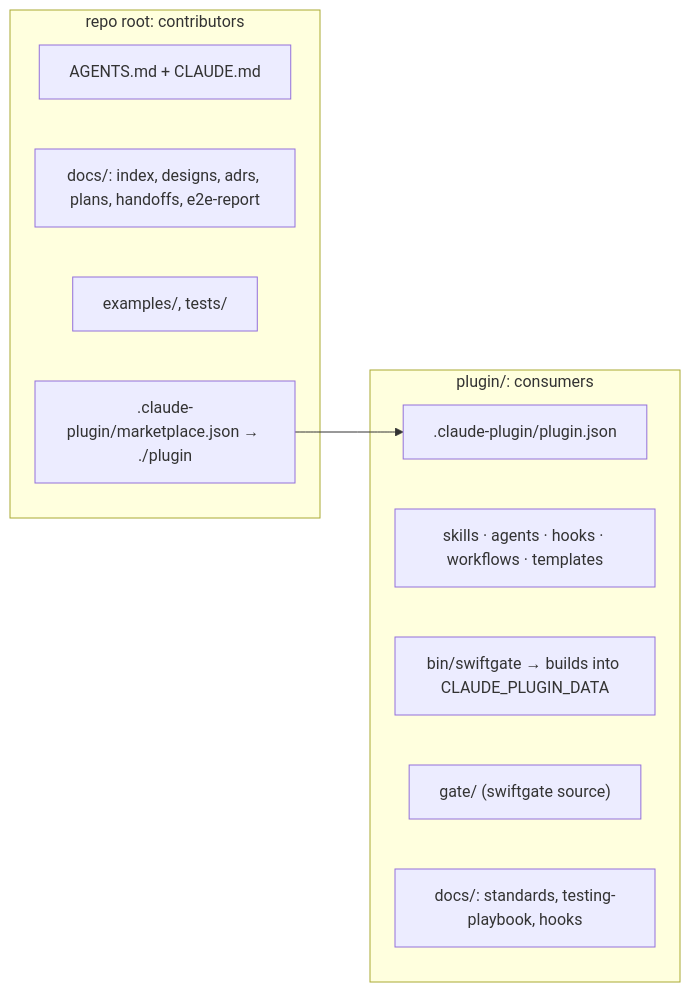
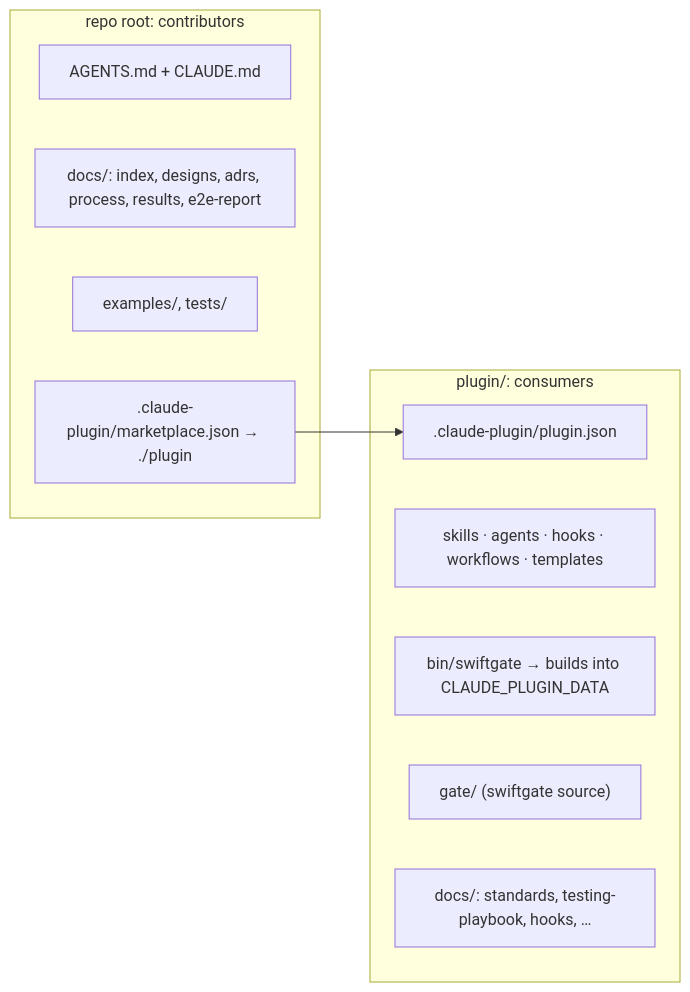
One commit to calube/swift-harness changed the diagram in docs/adrs/0002-consumer-plugin-in-plugin-dir.md. Above: the diagram before and after it, drawn with Mermaid. The commit also changed other lines of this file and 22 other files, not shown here.

````diff
--- a/docs/adrs/0002-consumer-plugin-in-plugin-dir.md
+++ b/docs/adrs/0002-consumer-plugin-in-plugin-dir.md
@@ -27,17 +27,17 @@
 ```mermaid
 flowchart LR
   subgraph repo["repo root: contributors"]
     A[AGENTS.md + CLAUDE.md]
-    D["docs/: index, designs, adrs, plans, handoffs, e2e-report"]
+    D["docs/: index, designs, adrs, process, results, e2e-report"]
     E[examples/, tests/]
     M[".claude-plugin/marketplace.json → ./plugin"]
   end
   subgraph plugin["plugin/: consumers"]
     P[".claude-plugin/plugin.json"]
     S[skills · agents · hooks · workflows · templates]
     B["bin/swiftgate → builds into CLAUDE_PLUGIN_DATA"]
     G["gate/ (swiftgate source)"]
-    R["docs/: standards, testing-playbook, hooks"]
+    R["docs/: standards, testing-playbook, hooks, …"]
   end
   M --> P
 ```
````
